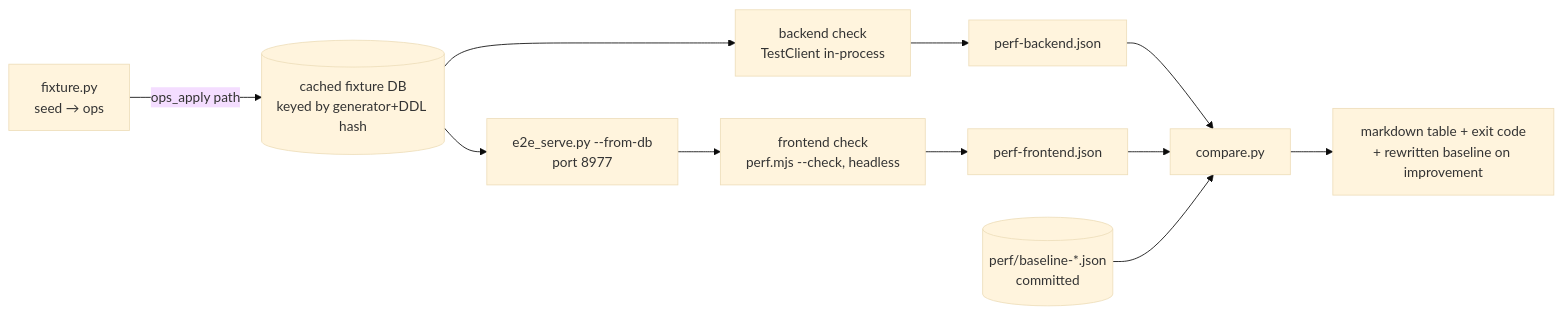
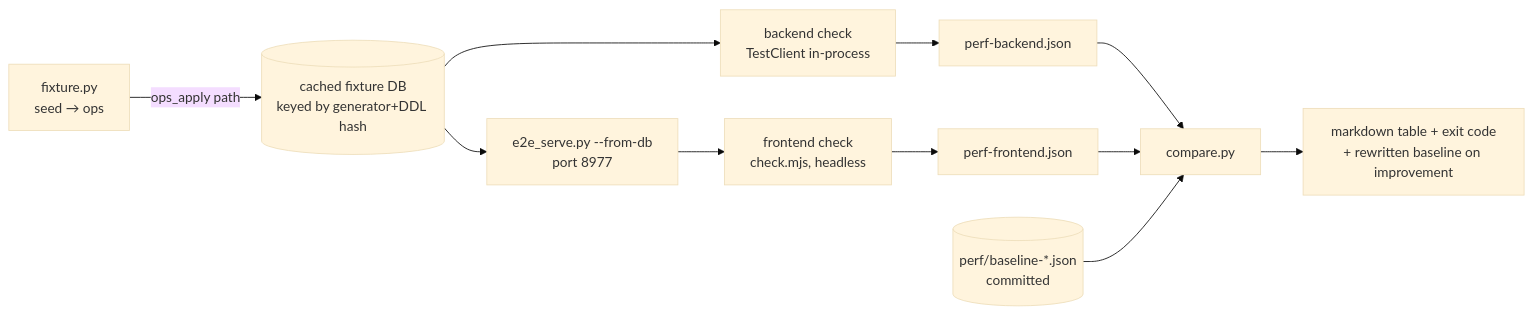
One commit to ArthurClune/pkm-system changed the first of 2 diagrams in docs/superpowers/specs/2026-09-26-perf-regression-checks-design.md. Above: the diagram before and after it, drawn with Mermaid (base theme). The commit also changed other lines of this file and 7 other files, not shown here.

````diff
--- a/docs/superpowers/specs/2026-09-26-perf-regression-checks-design.md
+++ b/docs/superpowers/specs/2026-09-26-perf-regression-checks-design.md
@@ -35,12 +35,12 @@
 ```mermaid
 flowchart LR
   G[fixture.py<br/>seed → ops] -->|ops_apply path| DB[(cached fixture DB<br/>keyed by generator+DDL hash)]
   DB --> BE[backend check<br/>TestClient in-process]
   DB --> SV[e2e_serve.py --from-db<br/>port 8977]
-  SV --> FE[frontend check<br/>perf.mjs --check, headless]
+  SV --> FE[frontend check<br/>check.mjs, headless]
   BE --> RB[perf-backend.json]
   FE --> RF[perf-frontend.json]
   RB & RF --> CMP[compare.py]
   BL[(perf/baseline-*.json<br/>committed)] --> CMP
   CMP --> T[markdown table + exit code<br/>+ rewritten baseline on improvement]
 ```
````
